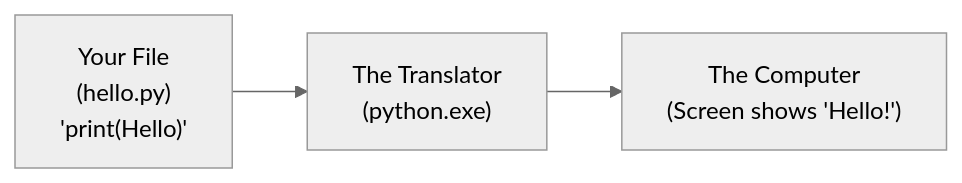
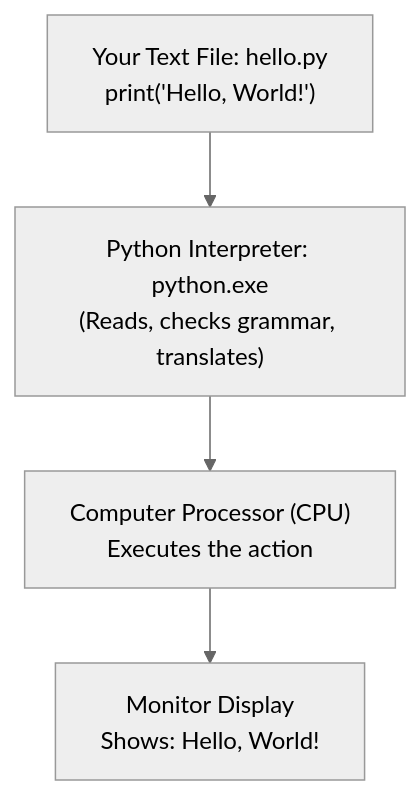
Before and after one commit to NavamGupta95/Python-Parthenon: the second of 4 diagrams in 01_runtime_and_environments/2026-10-11_docs_execution_mechanics_and_environments.md, drawn with Mermaid (neutral theme). The commit also changed other lines of this file and 2 other files, not shown here.

````diff
--- a/01_runtime_and_environments/2026-10-11_docs_execution_mechanics_and_environments.md
+++ b/01_runtime_and_environments/2026-10-11_docs_execution_mechanics_and_environments.md
@@ -18,5 +122,6 @@
 ```mermaid
-flowchart LR
-    A["Your File\n(hello.py)\n'print(Hello)'"] --> B["The Translator\n(python.exe)"]
-    B --> C["The Computer\n(Screen shows 'Hello!')"]
+flowchart TD
+    A["Your Text File: hello.py\nprint('Hello, World!')"] --> B["Python Interpreter: python.exe\n(Reads, checks grammar, translates)"]
+    B --> C["Computer Processor (CPU)\nExecutes the action"]
+    C --> D["Monitor Display\nShows: Hello, World!"]
 ```
````
